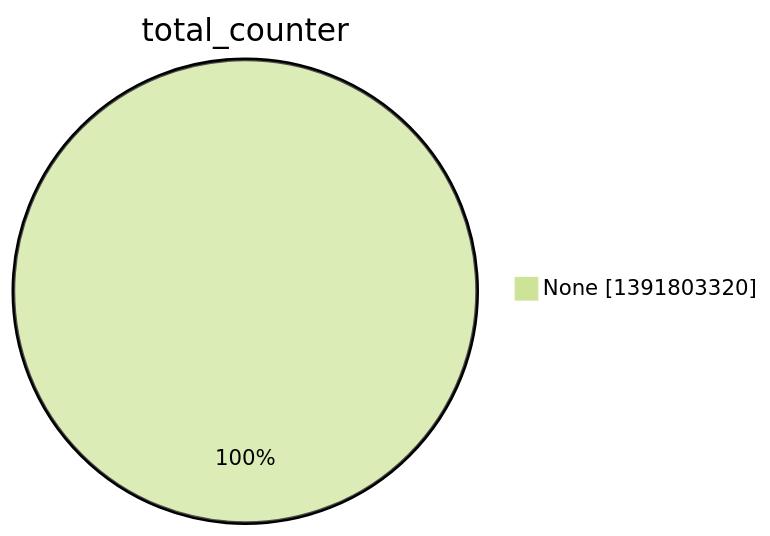
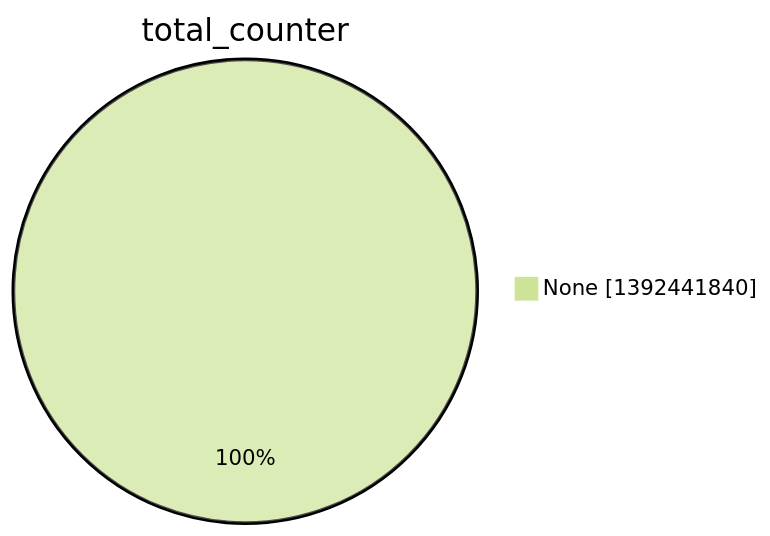
Before and after one commit to christiankrug/ctmonitor_visualization: the second of 15 diagrams in argon2022/README.md, drawn with Mermaid (forest theme). The commit also changed other lines of this file, not shown here.

````diff
--- a/argon2022/README.md
+++ b/argon2022/README.md
@@ -9,5 +9,5 @@
 ```mermaid
 pie showData
 title total_counter
-"None" :1391803320
+"None" :1392441840
 ```
````
